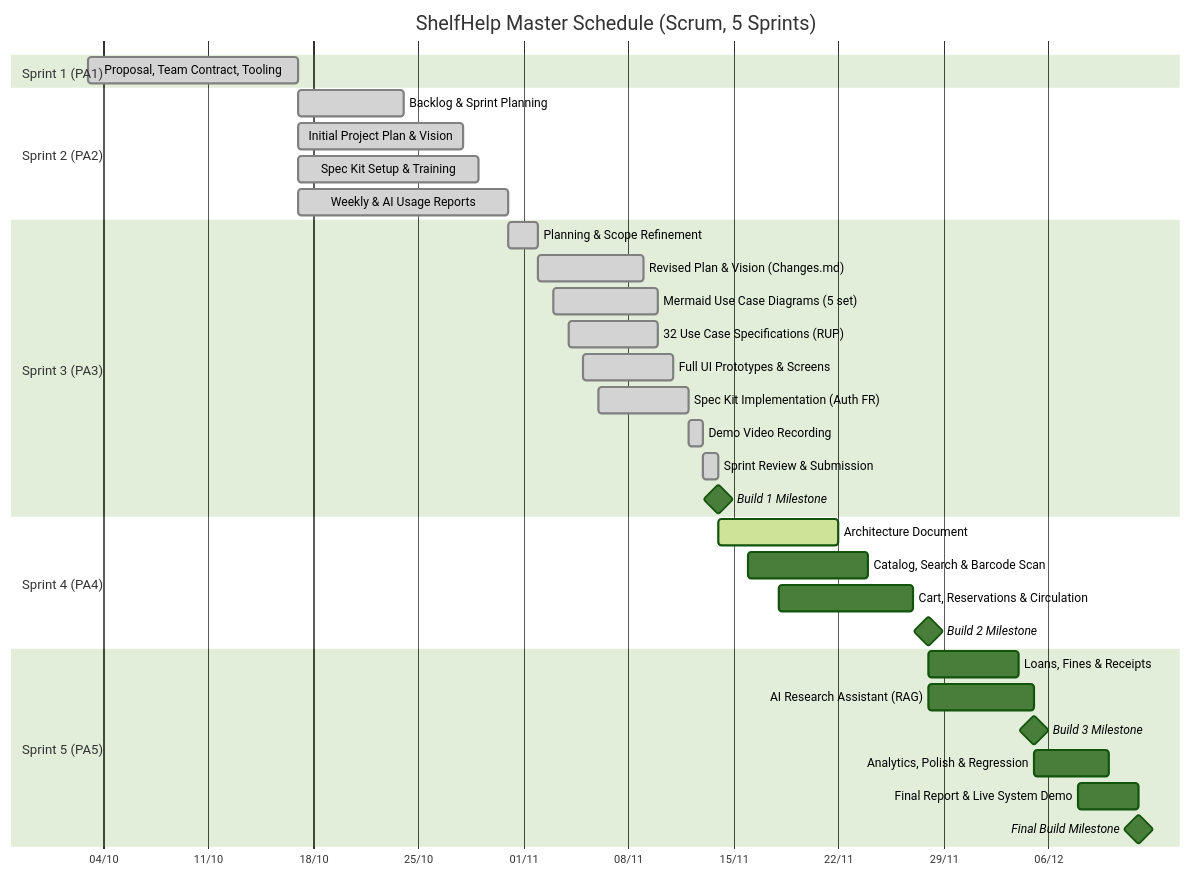
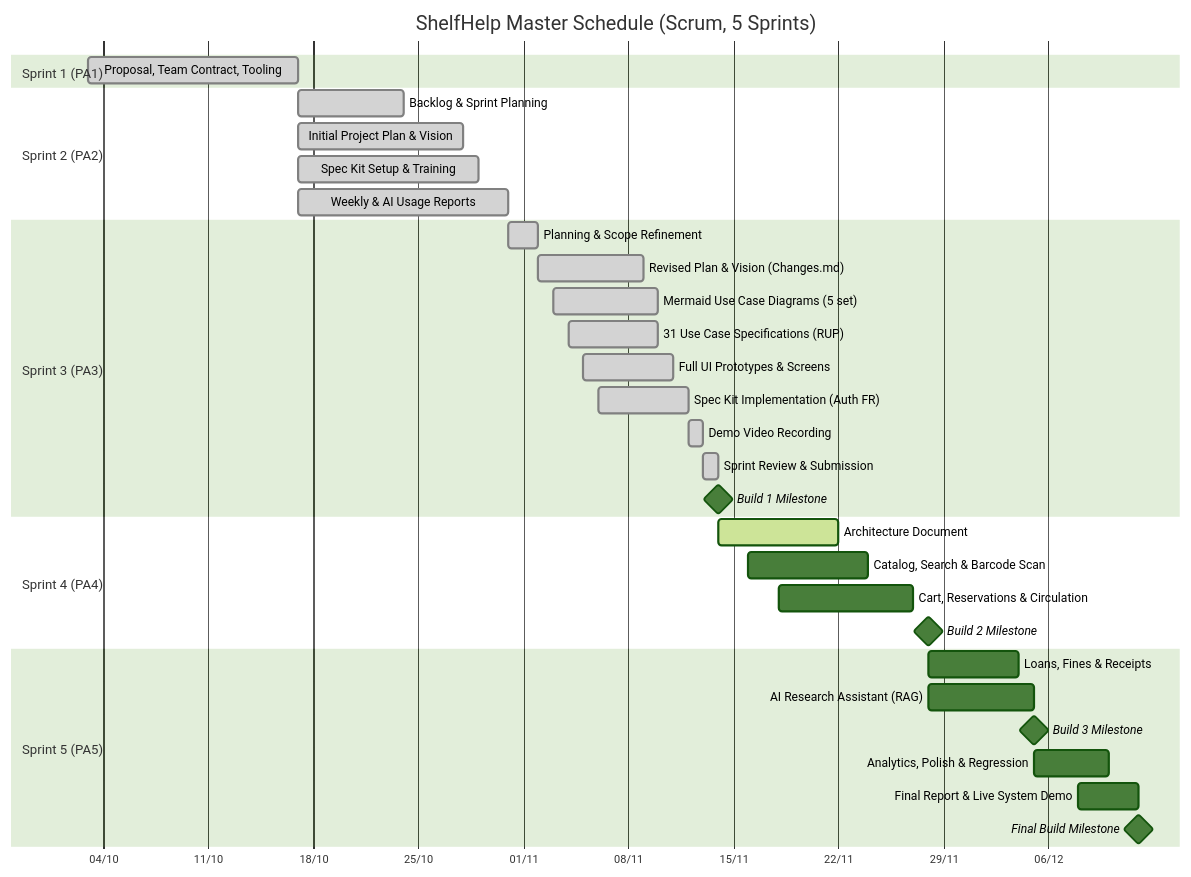
One commit to pvkduy/SW_LibraryApp changed the diagram in docs/management/PA3/project-plan/Project-Plan.md. Above: the diagram before and after it, drawn with Mermaid (forest theme). The commit also changed other lines of this file and 2 other files, not shown here.

````diff
--- a/docs/management/PA3/project-plan/Project-Plan.md
+++ b/docs/management/PA3/project-plan/Project-Plan.md
@@ -255,36 +255,36 @@
 ```mermaid
 %%{init: {"gantt": {"fontSize": 11, "barHeight": 24, "barGap": 6, "leftPadding": 70, "sectionFontSize": 12}}}%%
 gantt
     title ShelfHelp Master Schedule (Scrum, 5 Sprints)
     dateFormat YYYY-MM-DD
     axisFormat %d/%m
     section Sprint 1 (PA1)
     Proposal, Team Contract, Tooling :done, s1, 2026-10-03, 2026-10-17
     section Sprint 2 (PA2)
     Backlog & Sprint Planning        :done, s2a, 2026-10-17, 2026-10-24
     Initial Project Plan & Vision     :done, s2b, 2026-10-17, 2026-10-28
     Spec Kit Setup & Training         :done, s2c, 2026-10-17, 2026-10-29
     Weekly & AI Usage Reports         :done, s2d, 2026-10-17, 2026-10-31
     section Sprint 3 (PA3)
     Planning & Scope Refinement       :done, s3a, 2026-10-31, 2026-11-02
     Revised Plan & Vision (Changes.md):done, s3b, 2026-11-02, 2026-11-09
     Mermaid Use Case Diagrams (5 set) :done, s3c, 2026-11-03, 2026-11-10
-    32 Use Case Specifications (RUP)  :done, s3d, 2026-11-04, 2026-11-10
+    31 Use Case Specifications (RUP)  :done, s3d, 2026-11-04, 2026-11-10
     Full UI Prototypes & Screens      :done, s3e, 2026-11-05, 2026-11-11
     Spec Kit Implementation (Auth FR) :done, s3f, 2026-11-06, 2026-11-12
     Demo Video Recording              :done, s3g, 2026-11-12, 2026-11-13
     Sprint Review & Submission        :done, s3h, 2026-11-13, 2026-11-14
     Build 1 Milestone                 :milestone, b1, 2026-11-14, 0d
     section Sprint 4 (PA4)
     Architecture Document             :active, s4a, 2026-11-14, 2026-11-22
     Catalog, Search & Barcode Scan    :s4b, 2026-11-16, 2026-11-24
     Cart, Reservations & Circulation  :s4c, 2026-11-18, 2026-11-27
     Build 2 Milestone                 :milestone, b2, 2026-11-28, 0d
     section Sprint 5 (PA5)
     Loans, Fines & Receipts           :s5a, 2026-11-28, 2026-12-04
     AI Research Assistant (RAG)       :s5b, 2026-11-28, 2026-12-05
     Build 3 Milestone                 :milestone, b3, 2026-12-05, 0d
     Analytics, Polish & Regression    :s5c, 2026-12-05, 2026-12-10
     Final Report & Live System Demo   :s5d, 2026-12-08, 2026-12-12
     Final Build Milestone             :milestone, b4, 2026-12-12, 0d
 ```
````
